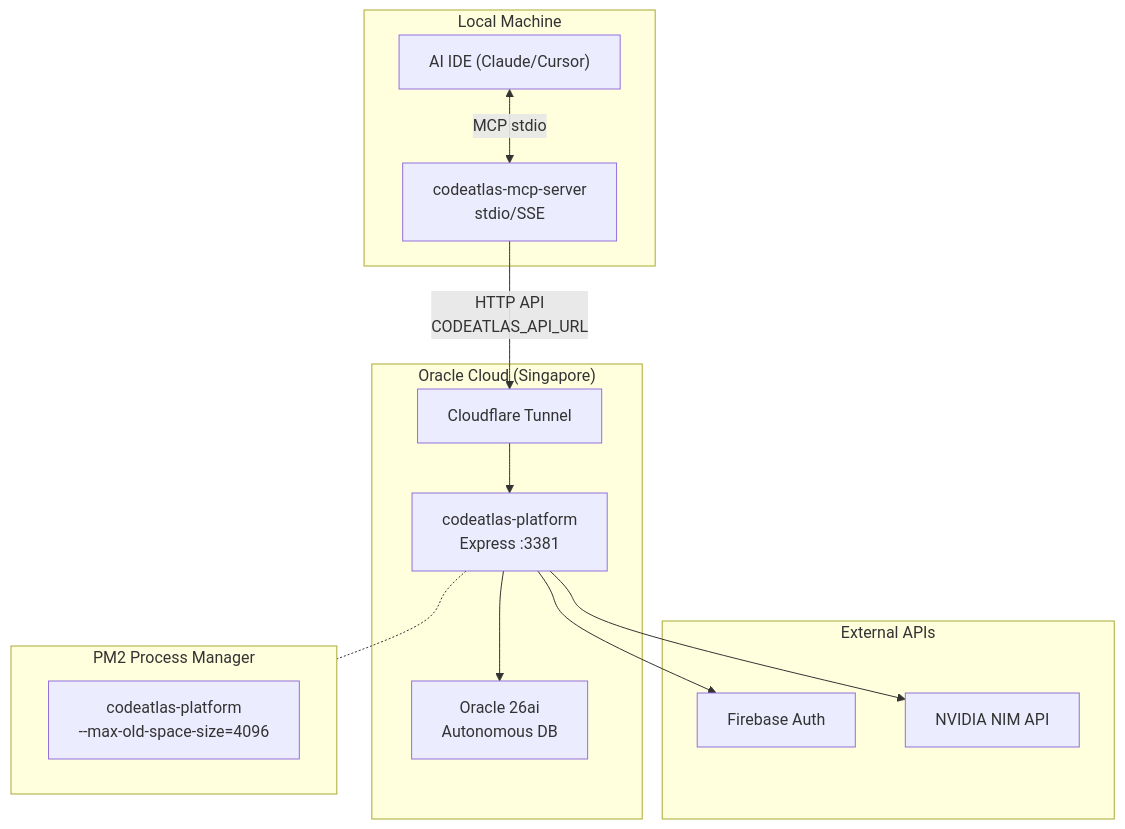
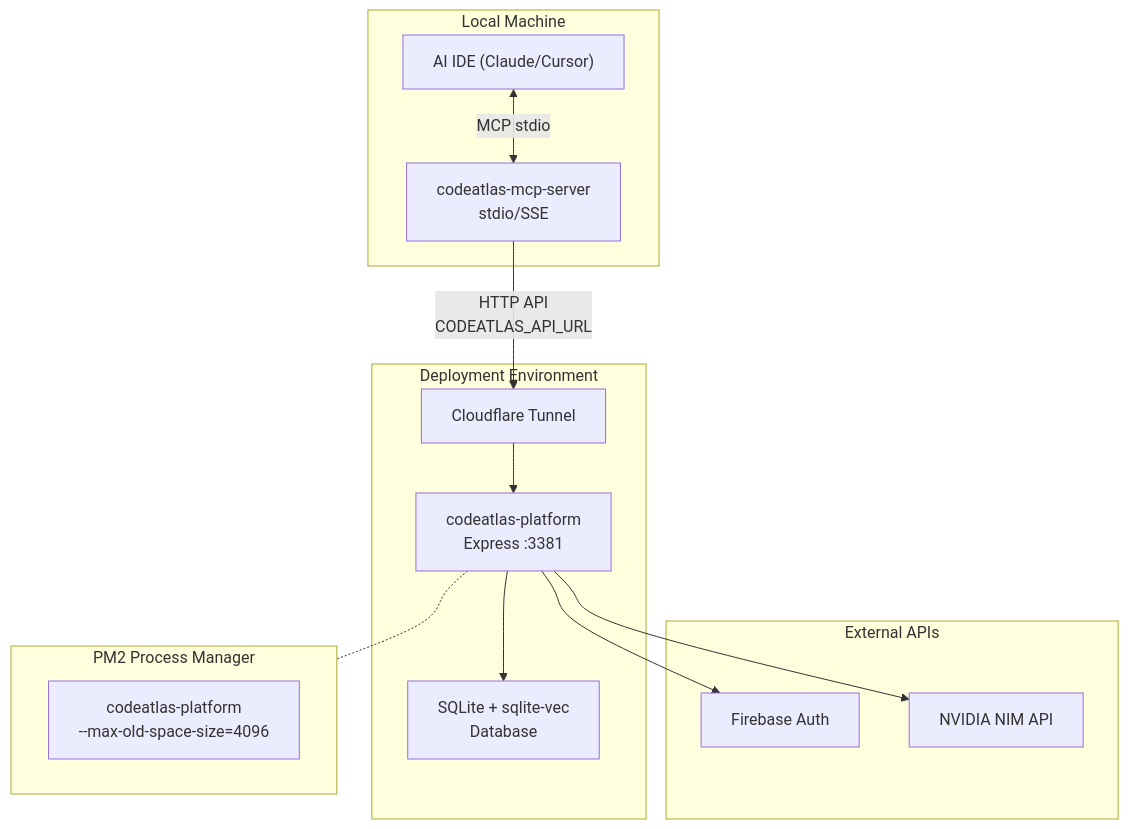
One commit to giauphan/codeatlas-platform changed the diagram in docs/diagrams/deployment.mmd. Above: the diagram before and after it, drawn with Mermaid. The commit also changed 79 other files, not shown here.

First line of the commit message:
Migrate from Oracle to SQLite as default database (#226)

```diff
--- a/docs/diagrams/deployment.mmd
+++ b/docs/diagrams/deployment.mmd
@@ -1,29 +1,29 @@
 flowchart TB
     subgraph Local["Local Machine"]
         MCPSrv["codeatlas-mcp-server<br/>stdio/SSE"]
         IDE["AI IDE (Claude/Cursor)"]
     end
 
-    subgraph Cloud["Oracle Cloud (Singapore)"]
+    subgraph Cloud["Deployment Environment"]
         Platform["codeatlas-platform<br/>Express :3381"]
-        OracleDB["Oracle 26ai<br/>Autonomous DB"]
+        SQLiteDB["SQLite + sqlite-vec<br/>Database"]
         CF["Cloudflare Tunnel"]
     end
 
     subgraph External["External APIs"]
         FireBase["Firebase Auth"]
         NVIDIANIM["NVIDIA NIM API"]
     end
 
     IDE <-->|"MCP stdio"| MCPSrv
     MCPSrv -->|"HTTP API<br/>CODEATLAS_API_URL"| CF
     CF --> Platform
-    Platform --> OracleDB
+    Platform --> SQLiteDB
     Platform --> FireBase
     Platform --> NVIDIANIM
 
     subgraph PM2["PM2 Process Manager"]
         P1["codeatlas-platform<br/>--max-old-space-size=4096"]
     end
     
     Platform -.- PM2
```
